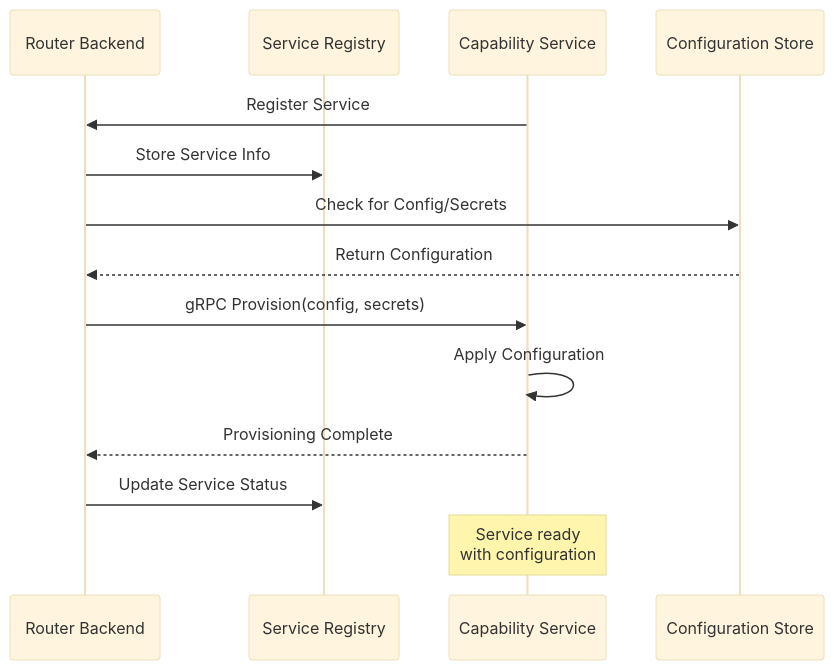
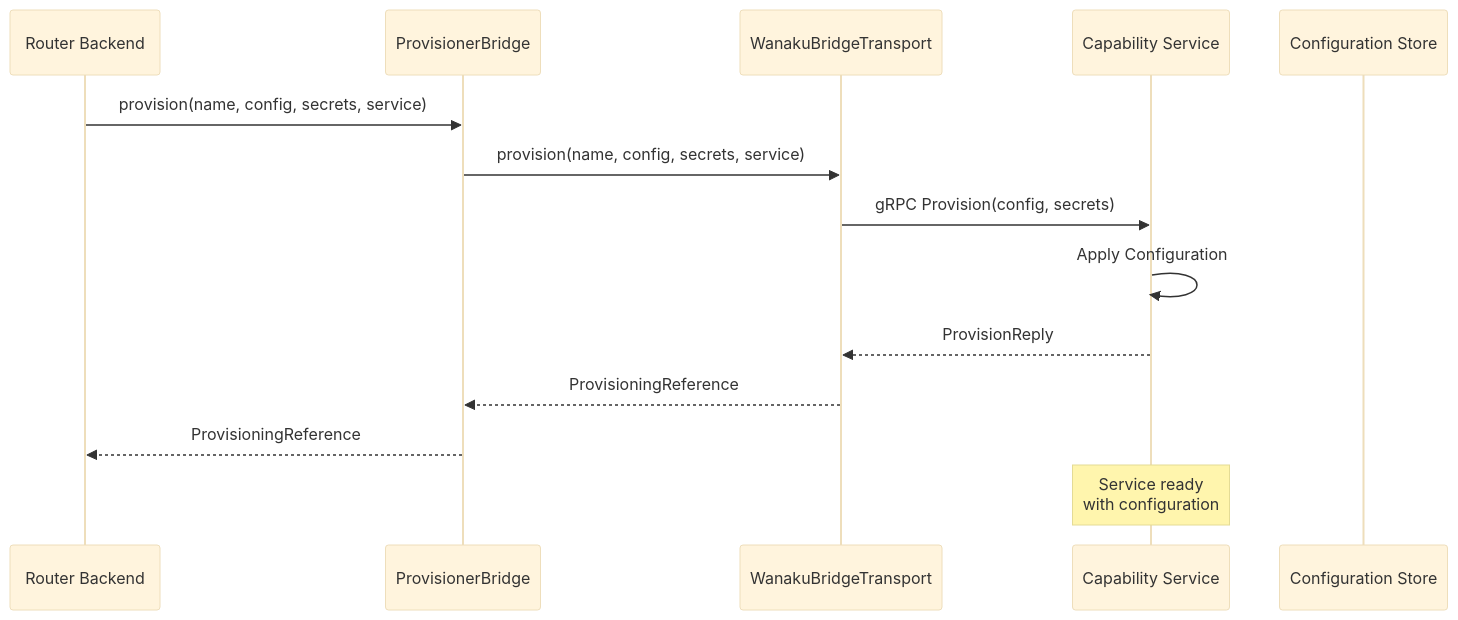
One commit to wanaku-ai/wanaku changed the fourth of 6 diagrams in docs/wanaku-router-internals.md. Above: the diagram before and after it, drawn with Mermaid (base theme). The commit also changed other lines of this file and 5 other files, not shown here.

First line of the commit message:
Update documentation to reflect async-first bridge architecture

````diff
--- a/docs/wanaku-router-internals.md
+++ b/docs/wanaku-router-internals.md
@@ -181,18 +211,18 @@
 ```mermaid
 sequenceDiagram
     participant Router as Router Backend
-    participant Registry as Service Registry
+    participant PB as ProvisionerBridge
+    participant Transport as WanakuBridgeTransport
     participant Service as Capability Service
     participant ConfigStore as Configuration Store
 
-    Service->>Router: Register Service
-    Router->>Registry: Store Service Info
-    Router->>ConfigStore: Check for Config/Secrets
-    ConfigStore-->>Router: Return Configuration
-    Router->>Service: gRPC Provision(config, secrets)
+    Router->>PB: provision(name, config, secrets, service)
+    PB->>Transport: provision(name, config, secrets, service)
+    Transport->>Service: gRPC Provision(config, secrets)
     Service->>Service: Apply Configuration
-    Service-->>Router: Provisioning Complete
-    Router->>Registry: Update Service Status
+    Service-->>Transport: ProvisionReply
+    Transport-->>PB: ProvisioningReference
+    PB-->>Router: ProvisioningReference
 
     Note over Service: Service ready<br/>with configuration
 ```
````
